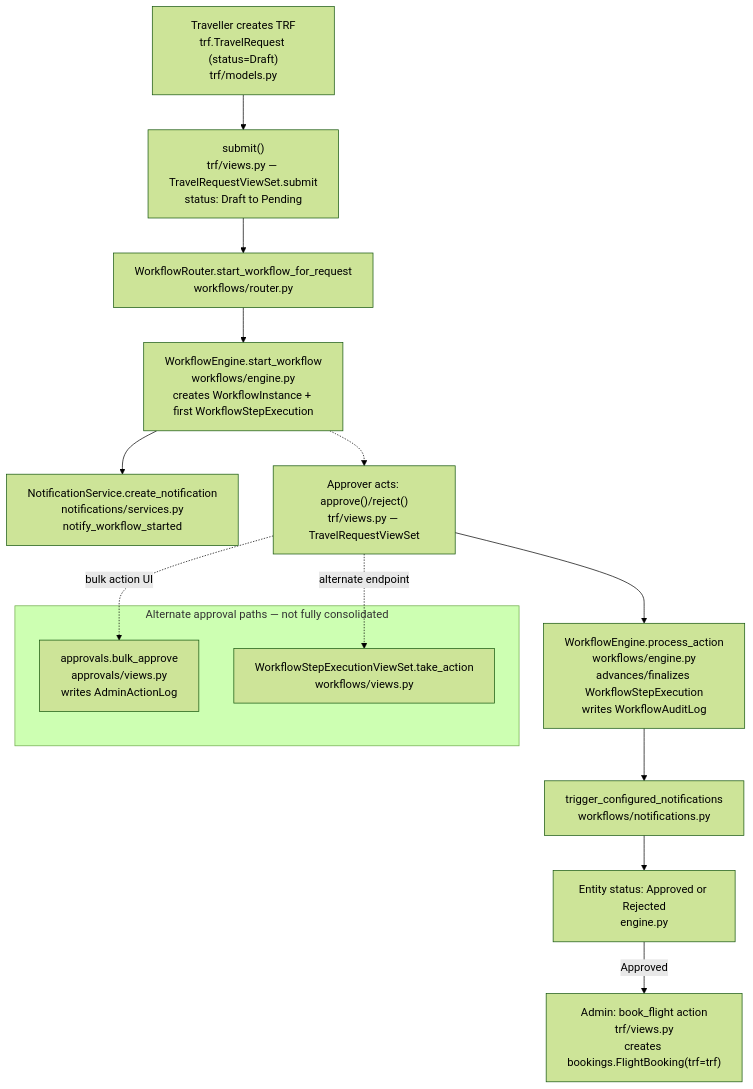
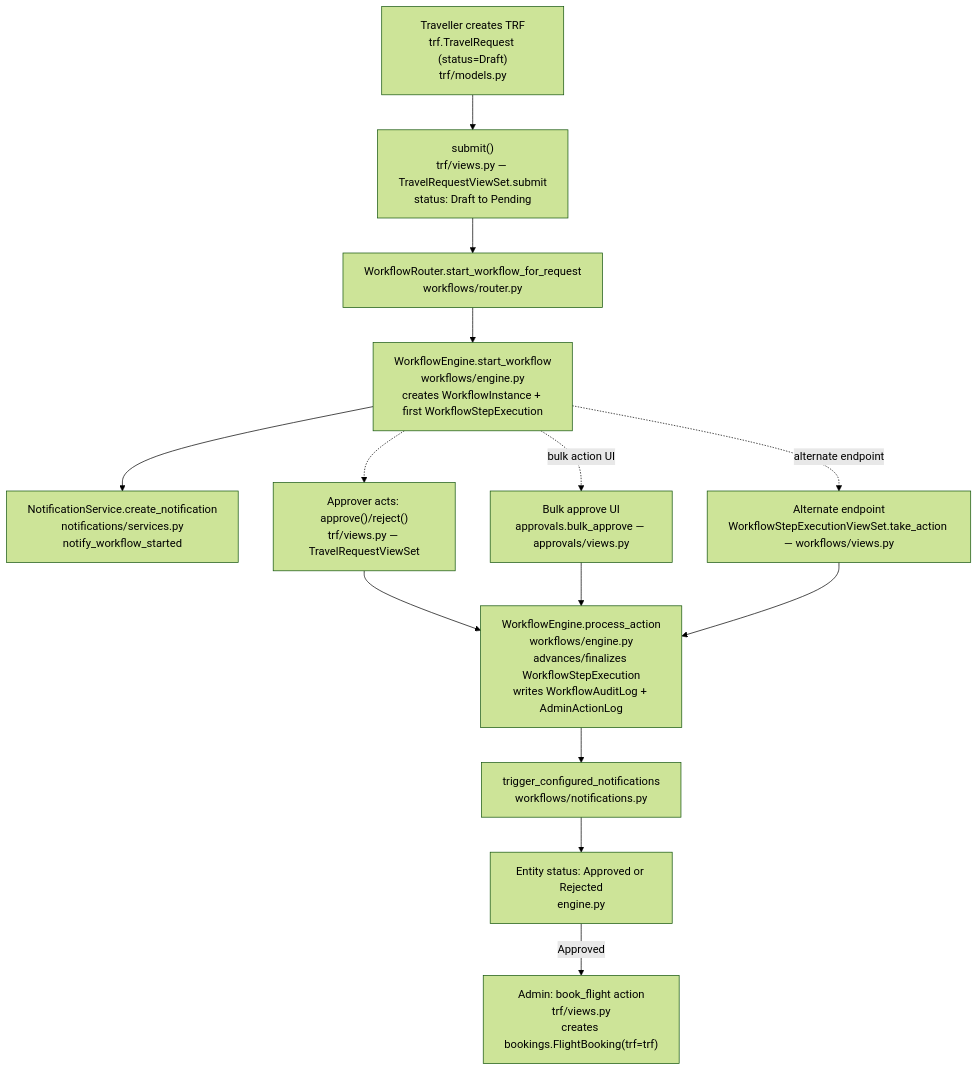
The seventh of 7 diagrams in docs/ARCHITECTURE.md (arslant84/tms.app), drawn with Mermaid (forest theme) before and after one commit. The commit also changed other lines of this file, not shown here.

Commit message:
Update Travel Request Data Flow diagram to reflect approval consolidation
Section 7 still described the pre-fix state (three divergent approval
code paths, missing audit logging, dead signals) as open issues. Update
the diagram to show all three entry points converging on
WorkflowEngine.process_action, and split the gaps list into resolved
items vs. the one still-open, by-design item (auto-creating downstream
requests on approval).

````diff
--- a/docs/ARCHITECTURE.md
+++ b/docs/ARCHITECTURE.md
@@ -266,28 +266,27 @@
 ```mermaid
 flowchart TD
     C["Traveller creates TRF<br/>trf.TravelRequest (status=Draft)<br/>trf/models.py"]
     S["submit()<br/>trf/views.py — TravelRequestViewSet.submit<br/>status: Draft to Pending"]
     WR["WorkflowRouter.start_workflow_for_request<br/>workflows/router.py"]
     WE1["WorkflowEngine.start_workflow<br/>workflows/engine.py<br/>creates WorkflowInstance + first WorkflowStepExecution"]
     N1["NotificationService.create_notification<br/>notifications/services.py<br/>notify_workflow_started"]
 
     A["Approver acts: approve()/reject()<br/>trf/views.py — TravelRequestViewSet"]
-    WE2["WorkflowEngine.process_action<br/>workflows/engine.py<br/>advances/finalizes WorkflowStepExecution<br/>writes WorkflowAuditLog"]
+    AB["Bulk approve UI<br/>approvals.bulk_approve — approvals/views.py"]
+    TA["Alternate endpoint<br/>WorkflowStepExecutionViewSet.take_action — workflows/views.py"]
+    WE2["WorkflowEngine.process_action<br/>workflows/engine.py<br/>advances/finalizes WorkflowStepExecution<br/>writes WorkflowAuditLog + AdminActionLog"]
     N2["trigger_configured_notifications<br/>workflows/notifications.py"]
     FIN["Entity status: Approved or Rejected<br/>engine.py"]
 
     BK["Admin: book_flight action<br/>trf/views.py<br/>creates bookings.FlightBooking(trf=trf)"]
 
     C --> S --> WR --> WE1 --> N1
     WE1 -.-> A
-    A --> WE2 --> N2 --> FIN
+    WE1 -.->|"bulk action UI"| AB
+    WE1 -.->|"alternate endpoint"| TA
+    A --> WE2
+    AB --> WE2
+    TA --> WE2
+    WE2 --> N2 --> FIN
     FIN -->|"Approved"| BK
-
-    subgraph Alt["Alternate approval paths — not fully consolidated"]
-        AB["approvals.bulk_approve<br/>approvals/views.py<br/>writes AdminActionLog"]
-        TA["WorkflowStepExecutionViewSet.take_action<br/>workflows/views.py"]
-    end
-
-    A -.->|"bulk action UI"| AB
-    A -.->|"alternate endpoint"| TA
 ```
````
